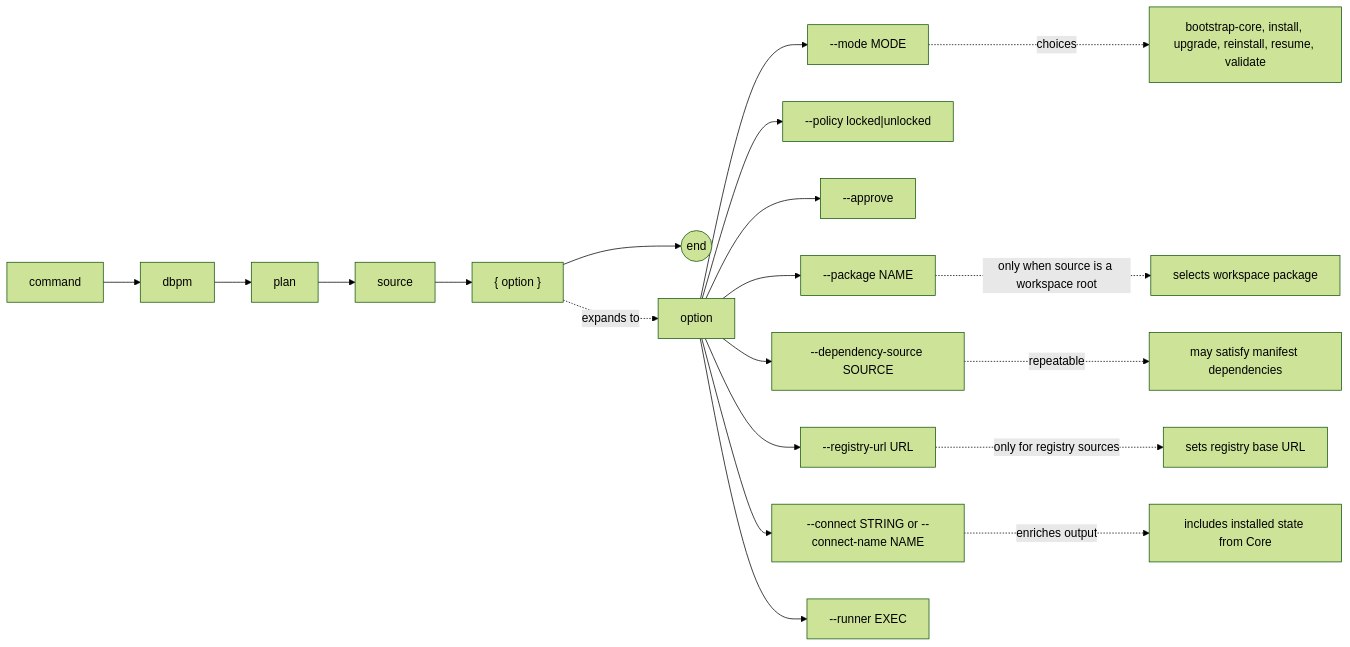
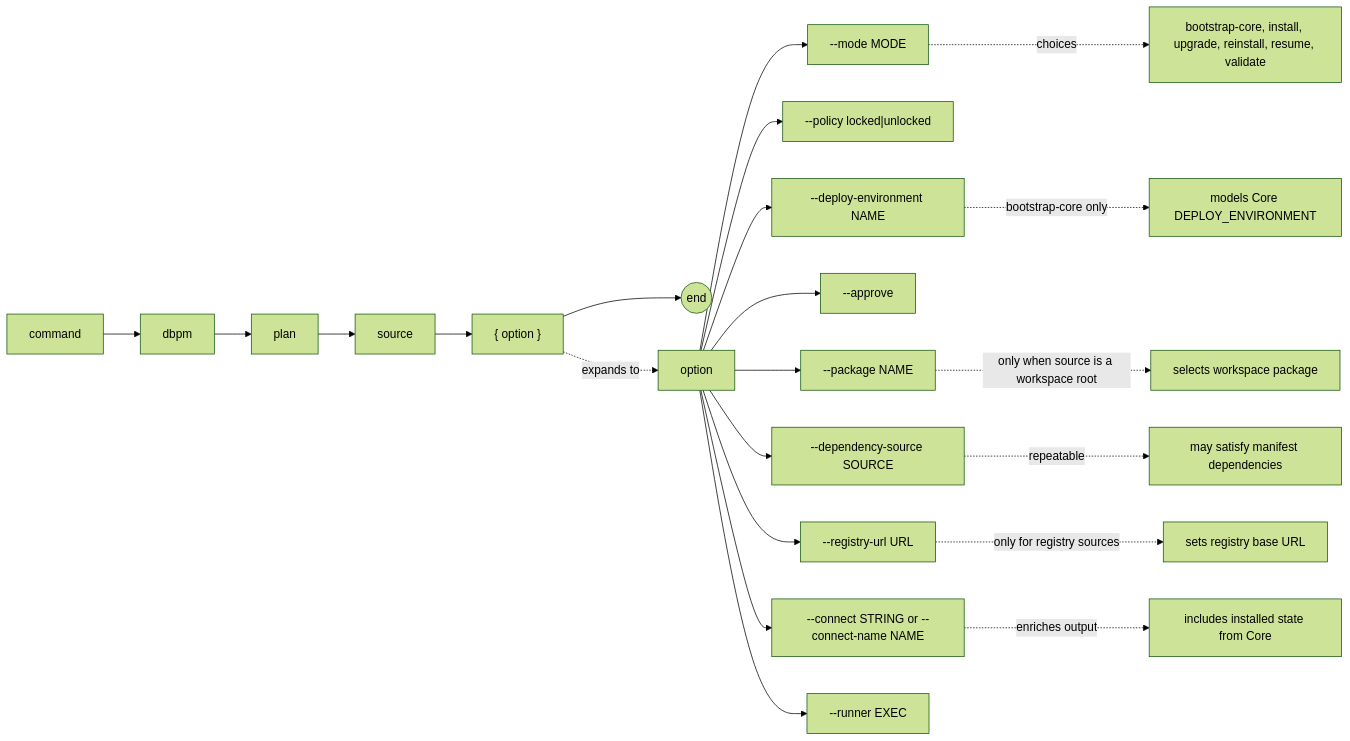
One commit to 512itconsulting/dbpm changed the diagram in docs/commands/plan.md. Above: the diagram before and after it, drawn with Mermaid (forest theme). The commit also changed other lines of this file and 8 other files, not shown here.

First line of the commit message:
Add Core bootstrap deployment environment flag

````diff
--- a/docs/commands/plan.md
+++ b/docs/commands/plan.md
@@ -17,24 +18,26 @@
 ```mermaid
 flowchart LR
     command["command"] --> dbpm["dbpm"]
     dbpm --> plan["plan"]
     plan --> source["source"]
     source --> options["{ option }"]
     options --> end_node(("end"))
 
     options -. expands to .-> option["option"]
     option --> mode["--mode MODE"]
     option --> policy["--policy locked|unlocked"]
+    option --> deploy_environment["--deploy-environment NAME"]
     option --> approve["--approve"]
     option --> package["--package NAME"]
     option --> dependency_source["--dependency-source SOURCE"]
     option --> registry_url["--registry-url URL"]
     option --> connect["--connect STRING or --connect-name NAME"]
     option --> runner["--runner EXEC"]
 
     mode -. choices .-> mode_note["bootstrap-core, install, upgrade, reinstall, resume, validate"]
     package -. only when source is a workspace root .-> package_note["selects workspace package"]
     dependency_source -. repeatable .-> dep_note["may satisfy manifest dependencies"]
     registry_url -. only for registry sources .-> registry_note["sets registry base URL"]
     connect -. enriches output .-> state_note["includes installed state from Core"]
+    deploy_environment -. bootstrap-core only .-> env_note["models Core DEPLOY_ENVIRONMENT"]
 ```
````
